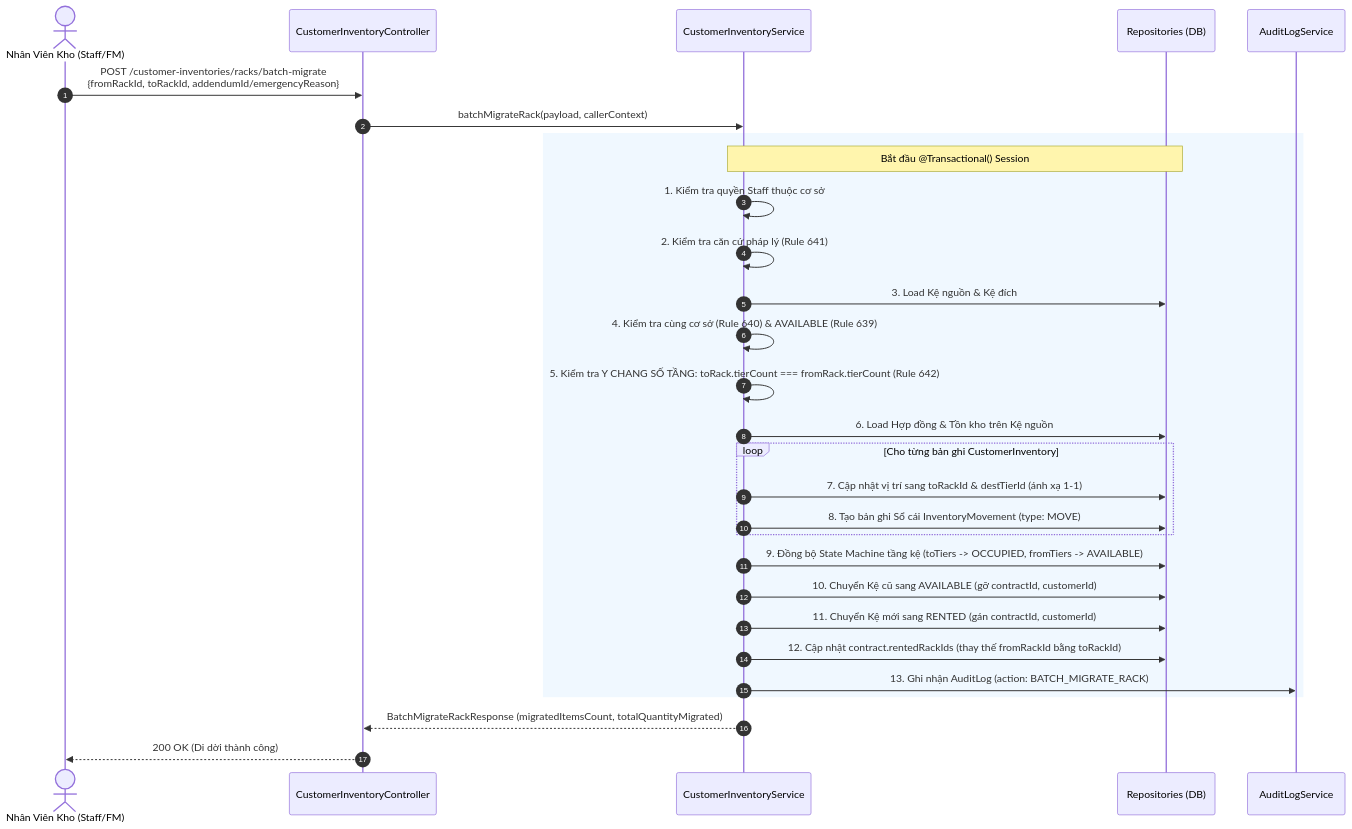
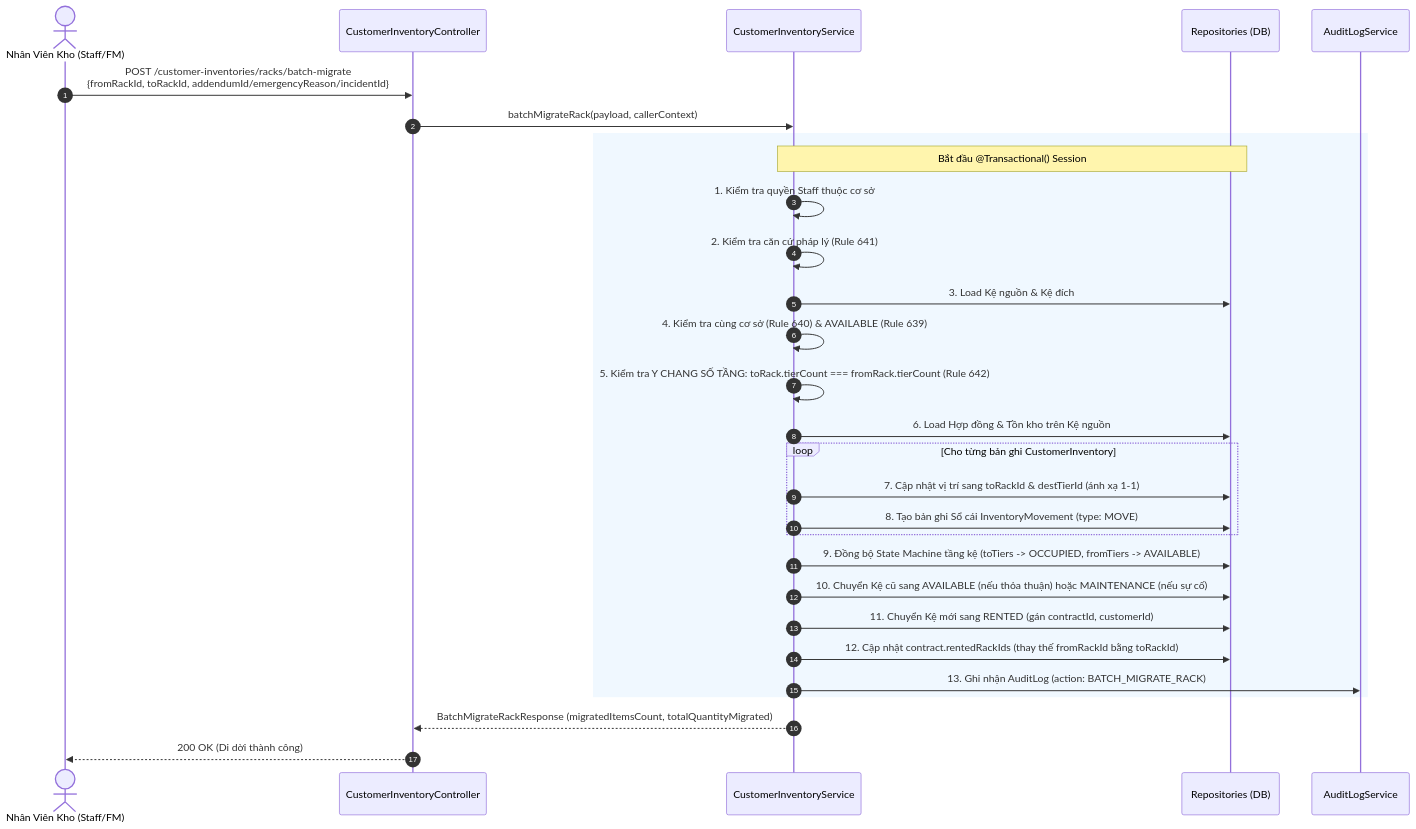
The second of 3 diagrams in docs/agent/customer-inventory/PHYSICAL_WAREHOUSE_AND_RACK_MIGRATION_FLOW.md (LeVanThai-Working/self-storage-system-be), drawn with Mermaid before and after one commit. The commit also changed other lines of this file and 14 other files, not shown here.

Commit message:
[FEATURE] (customerInventory): implement staff stock move, item status lifecycle and emergency evacuation

````diff
--- a/docs/agent/customer-inventory/PHYSICAL_WAREHOUSE_AND_RACK_MIGRATION_FLOW.md
+++ b/docs/agent/customer-inventory/PHYSICAL_WAREHOUSE_AND_RACK_MIGRATION_FLOW.md
@@ -114,36 +142,36 @@
 ```mermaid
 sequenceDiagram
     autonumber
     actor Staff as Nhân Viên Kho (Staff/FM)
     participant Ctrl as CustomerInventoryController
     participant Svc as CustomerInventoryService
     participant Repo as Repositories (DB)
     participant Audit as AuditLogService
 
-    Staff->>Ctrl: POST /customer-inventories/racks/batch-migrate<br>{fromRackId, toRackId, addendumId/emergencyReason}
+    Staff->>Ctrl: POST /customer-inventories/racks/batch-migrate<br>{fromRackId, toRackId, addendumId/emergencyReason/incidentId}
     Ctrl->>Svc: batchMigrateRack(payload, callerContext)
 
     rect rgb(240, 248, 255)
         Note over Svc,Repo: Bắt đầu @Transactional() Session
         Svc->>Svc: 1. Kiểm tra quyền Staff thuộc cơ sở
         Svc->>Svc: 2. Kiểm tra căn cứ pháp lý (Rule 641)
         Svc->>Repo: 3. Load Kệ nguồn & Kệ đích
         Svc->>Svc: 4. Kiểm tra cùng cơ sở (Rule 640) & AVAILABLE (Rule 639)
         Svc->>Svc: 5. Kiểm tra Y CHANG SỐ TẦNG: toRack.tierCount === fromRack.tierCount (Rule 642)
         Svc->>Repo: 6. Load Hợp đồng & Tồn kho trên Kệ nguồn
 
         loop Cho từng bản ghi CustomerInventory
             Svc->>Repo: 7. Cập nhật vị trí sang toRackId & destTierId (ánh xạ 1-1)
             Svc->>Repo: 8. Tạo bản ghi Sổ cái InventoryMovement (type: MOVE)
         end
 
         Svc->>Repo: 9. Đồng bộ State Machine tầng kệ (toTiers -> OCCUPIED, fromTiers -> AVAILABLE)
-        Svc->>Repo: 10. Chuyển Kệ cũ sang AVAILABLE (gỡ contractId, customerId)
+        Svc->>Repo: 10. Chuyển Kệ cũ sang AVAILABLE (nếu thỏa thuận) hoặc MAINTENANCE (nếu sự cố)
         Svc->>Repo: 11. Chuyển Kệ mới sang RENTED (gán contractId, customerId)
         Svc->>Repo: 12. Cập nhật contract.rentedRackIds (thay thế fromRackId bằng toRackId)
         Svc->>Audit: 13. Ghi nhận AuditLog (action: BATCH_MIGRATE_RACK)
     end
 
     Svc-->>Ctrl: BatchMigrateRackResponse (migratedItemsCount, totalQuantityMigrated)
     Ctrl-->>Staff: 200 OK (Di dời thành công)
 ```
````
